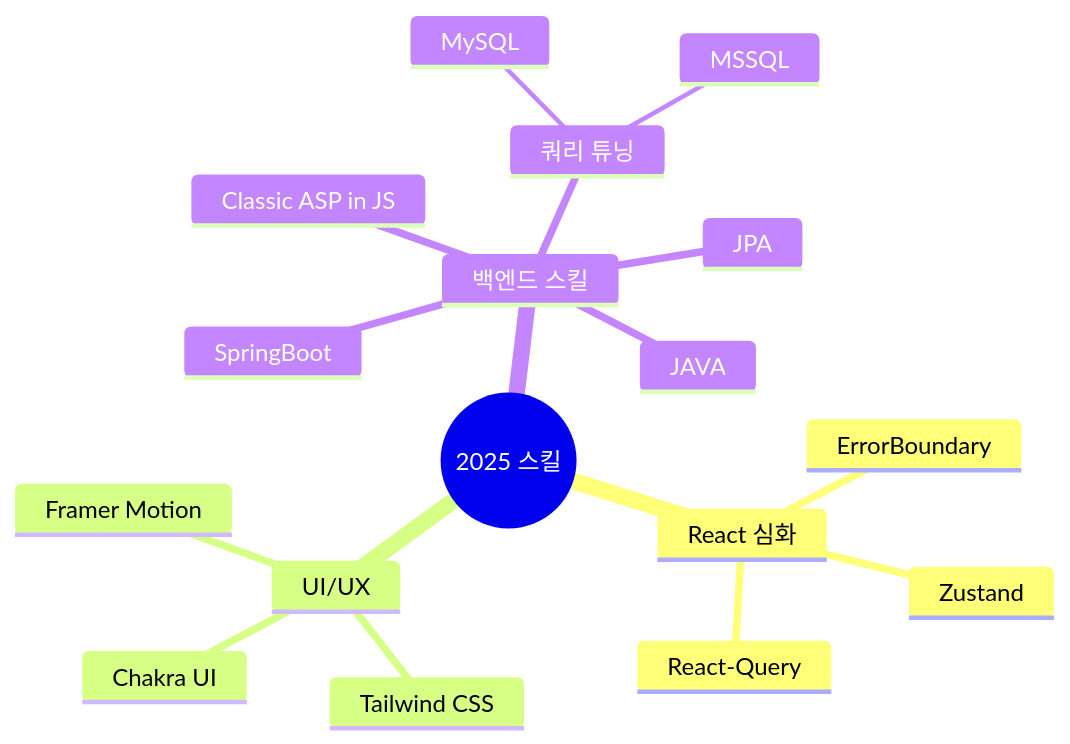
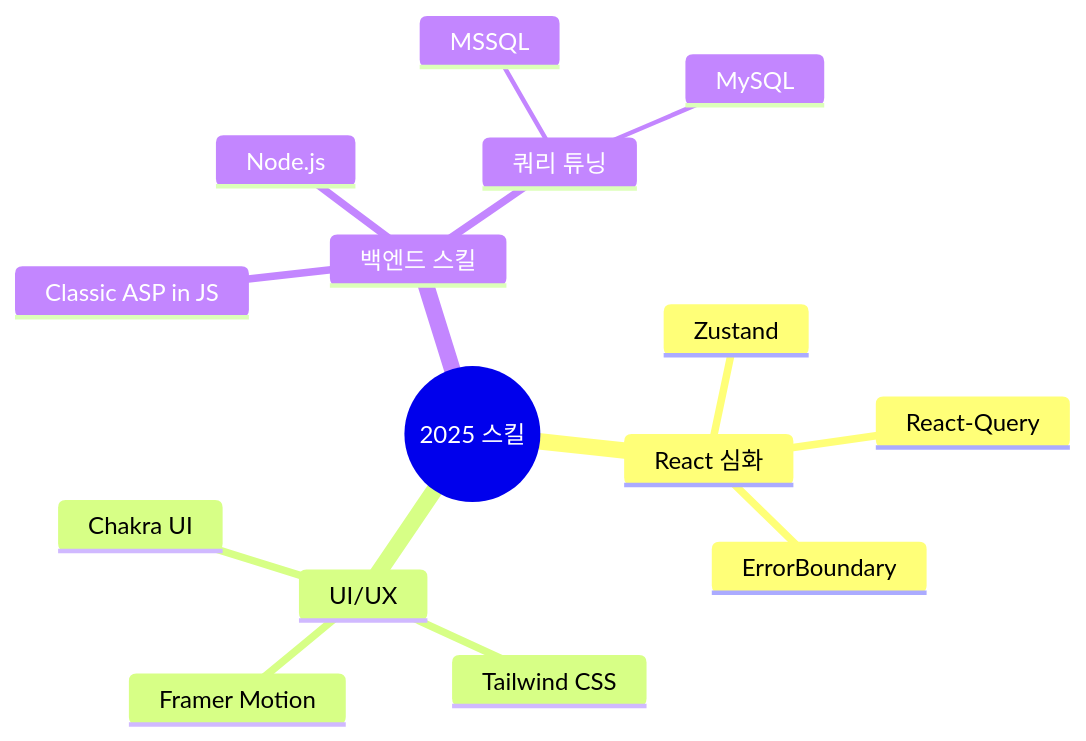
Before and after one commit to SnowsFE/SnowsFE: the diagram in README.md, drawn with Mermaid.

````diff
--- a/README.md
+++ b/README.md
@@ -143,20 +143,18 @@
 ```mermaid
 mindmap
   root((2025 스킬))
     React 심화
       Zustand
       React-Query
       ErrorBoundary
     UI/UX
       Chakra UI
       Tailwind CSS
       Framer Motion
     백엔드 스킬
       Classic ASP in JS
-      SpringBoot
-      JAVA
-      JPA
+      Node.js
       쿼리 튜닝
         MSSQL
         MySQL
 ```
````
